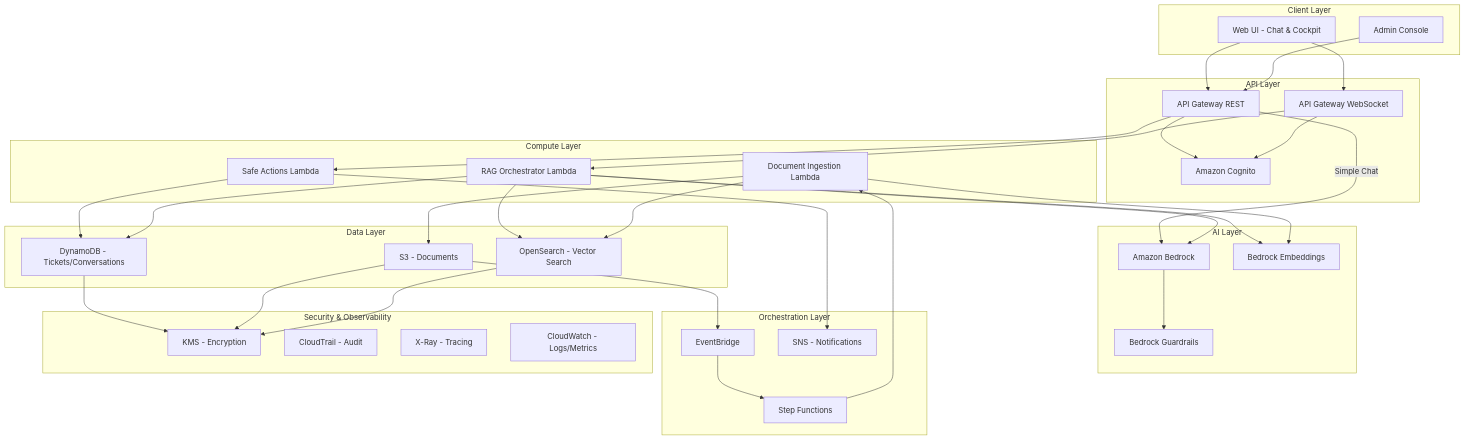
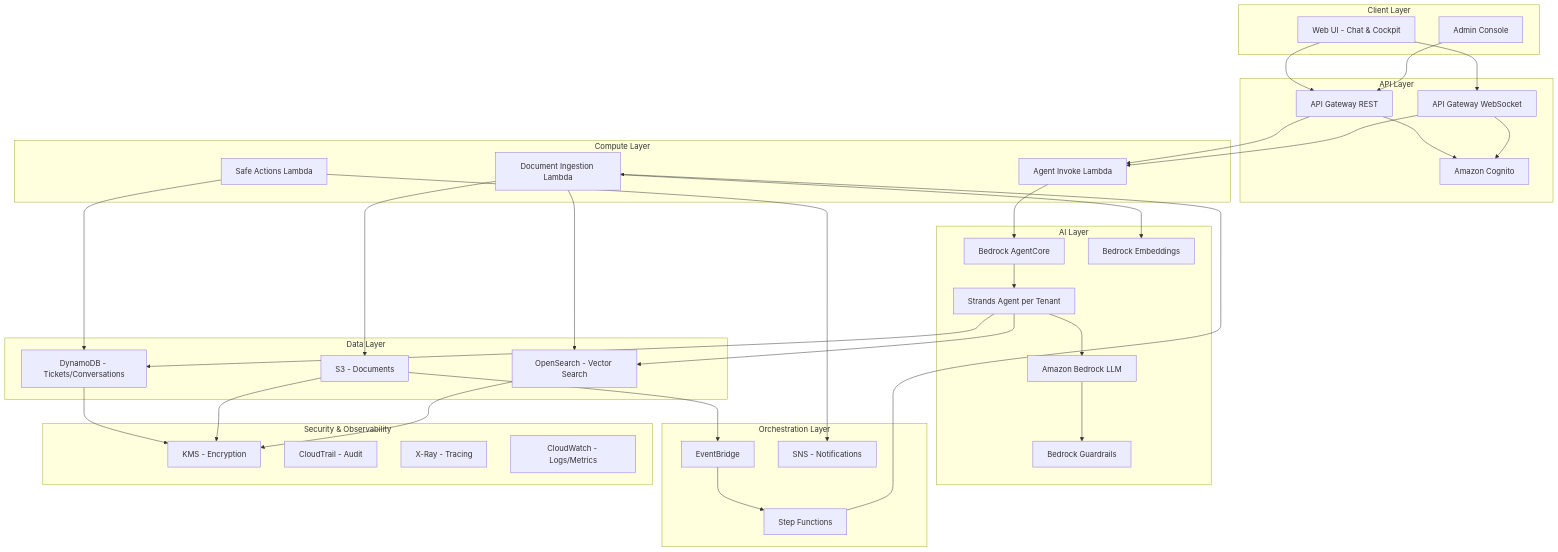
The first of 5 diagrams in .kiro/specs/flowops-infrastructure/design.md (rsmets/awsome-builder), drawn with Mermaid before and after one commit. The commit also changed other lines of this file and 2 other files, not shown here.

````diff
--- a/.kiro/specs/flowops-infrastructure/design.md
+++ b/.kiro/specs/flowops-infrastructure/design.md
@@ -11,69 +11,71 @@
 ```mermaid
 graph TB
     subgraph "Client Layer"
         WebUI[Web UI - Chat & Cockpit]
         AdminUI[Admin Console]
     end
 
     subgraph "API Layer"
         APIGW[API Gateway REST]
         WSAPI[API Gateway WebSocket]
         Cognito[Amazon Cognito]
     end
 
     subgraph "Compute Layer"
-        RAGLambda[RAG Orchestrator Lambda]
+        AgentLambda[Agent Invoke Lambda]
         ActionLambda[Safe Actions Lambda]
         IngestionLambda[Document Ingestion Lambda]
     end
 
     subgraph "AI Layer"
-        Bedrock[Amazon Bedrock]
+        AgentCore[Bedrock AgentCore]
+        StrandsAgent[Strands Agent per Tenant]
+        Bedrock[Amazon Bedrock LLM]
         BedrockEmbed[Bedrock Embeddings]
         BedrockGuard[Bedrock Guardrails]
     end
 
     subgraph "Data Layer"
         S3Docs[S3 - Documents]
         DynamoDB[DynamoDB - Tickets/Conversations]
         OpenSearch[OpenSearch - Vector Search]
     end
 
     subgraph "Orchestration Layer"
         StepFn[Step Functions]
         EventBridge[EventBridge]
         SNS[SNS - Notifications]
     end
 
     subgraph "Security & Observability"
         KMS[KMS - Encryption]
         CloudTrail[CloudTrail - Audit]
         XRay[X-Ray - Tracing]
         CloudWatch[CloudWatch - Logs/Metrics]
     end
 
     WebUI --> APIGW
     WebUI --> WSAPI
     AdminUI --> APIGW
     APIGW --> Cognito
     WSAPI --> Cognito
-    APIGW -->|Simple Chat| Bedrock
-    APIGW --> ActionLambda
-    WSAPI --> RAGLambda
-    RAGLambda --> Bedrock
-    RAGLambda --> OpenSearch
-    RAGLambda --> BedrockEmbed
+    APIGW --> AgentLambda
+    WSAPI --> AgentLambda
+    AgentLambda --> AgentCore
+    AgentCore --> StrandsAgent
+    StrandsAgent --> Bedrock
+    StrandsAgent --> OpenSearch
+    StrandsAgent --> DynamoDB
     Bedrock --> BedrockGuard
     ActionLambda --> DynamoDB
     ActionLambda --> SNS
     IngestionLambda --> S3Docs
     IngestionLambda --> BedrockEmbed
     IngestionLambda --> OpenSearch
     S3Docs --> EventBridge
     EventBridge --> StepFn
     StepFn --> IngestionLambda
-    RAGLambda --> DynamoDB
     DynamoDB --> KMS
     S3Docs --> KMS
     OpenSearch --> KMS
 ```
````
